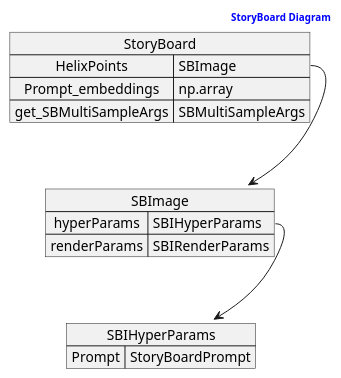
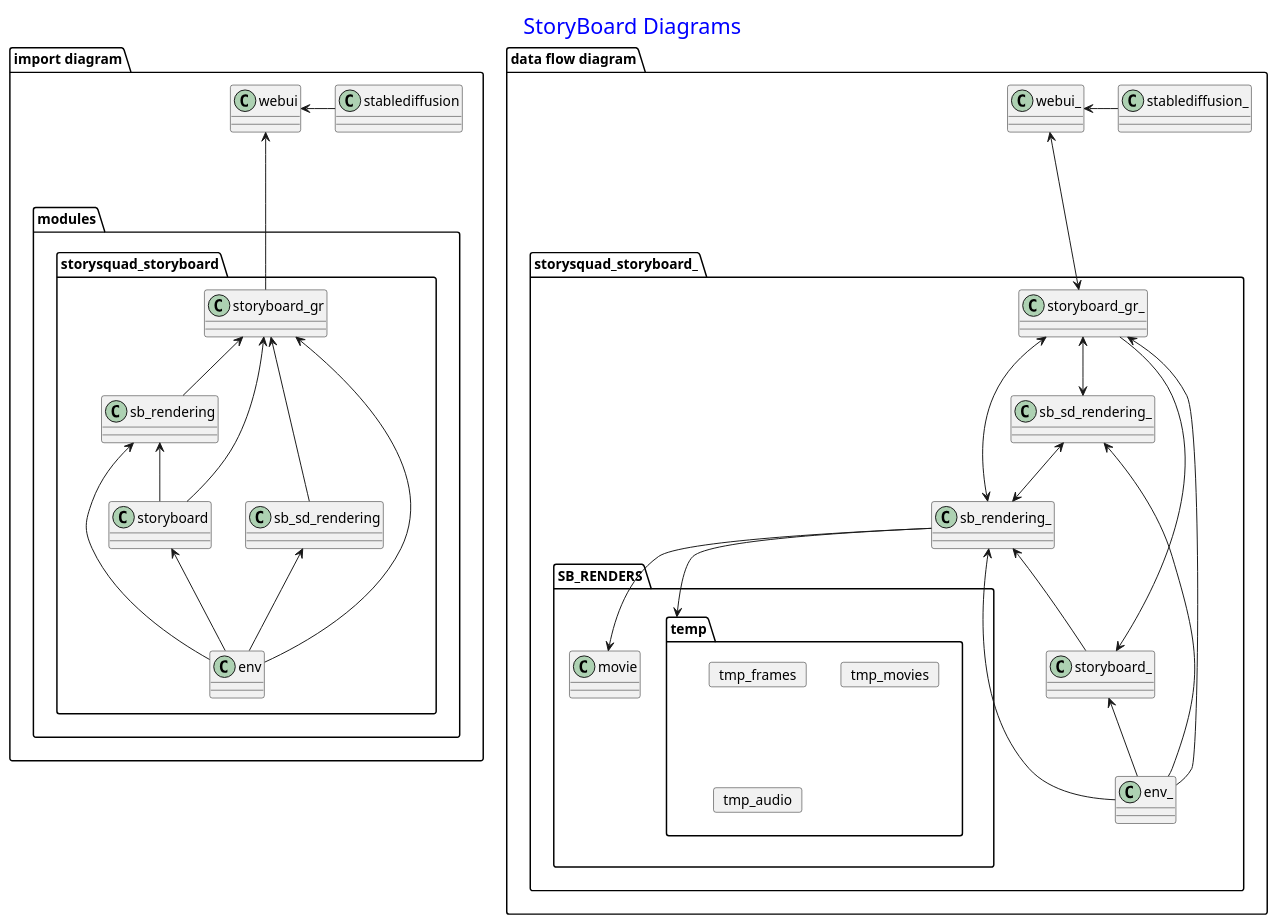
The diagram in modules/storysquad_storyboard/StoryBoard.puml (TashaSkyUp/StoryBoardSD), drawn with PlantUML before and after one commit.

Commit message:
somewhat updated flowchart

```diff
--- a/modules/storysquad_storyboard/StoryBoard.puml
+++ b/modules/storysquad_storyboard/StoryBoard.puml
@@ -1,31 +1,75 @@
 @startuml
 'https://plantuml.com/object-diagram
-' make a place for a discription
-
-
+' make a place for a description
 
 ' makes a place for the subtitle'
-header <font color=blue>**StoryBoard Diagram**</font>
+center header <font color=blue size=22>StoryBoard Diagrams</font>
 
+folder "import diagram"{
+    class webui
+    class stablediffusion
+    webui <- stablediffusion
+    folder modules{
+        folder storysquad_storyboard{
+            class storyboard_gr
+            class sb_rendering
+            class sb_sd_rendering
+            class storyboard
+            class env
+            storyboard_gr <-- sb_rendering
+            storyboard_gr <-- sb_sd_rendering
+            storyboard_gr <-- storyboard
 
+            storyboard_gr <-- env
+            storyboard <-- env
+            sb_sd_rendering <-- env
+            sb_rendering <-- env
+            sb_rendering <-- storyboard
 
-    map StoryBoard {
+            webui <--- storyboard_gr
+        }
+    }
+}
+allowmixing
+folder "data flow diagram"{
+    class webui_
+    class stablediffusion_
+    webui_ <- stablediffusion_
+    folder storysquad_storyboard_{
+        class storyboard_gr_
+        class sb_rendering_
+        class sb_sd_rendering_
+        class storyboard_
+        class env_
+        storyboard_gr_ <--> sb_rendering_
+        storyboard_gr_ <--> sb_sd_rendering_
+        storyboard_gr_ --> storyboard_
 
-     HelixPoints => SBImage
-     Prompt_embeddings => np.array
-     get_SBMultiSampleArgs => SBMultiSampleArgs
+        storyboard_gr_ <-- env_
+        storyboard_ <-- env_
+        sb_sd_rendering_ <-- env_
+        sb_rendering_ <-- env_
+        sb_rendering_ <-- storyboard_
+
+        webui_ <---> storyboard_gr_
+        folder SB_RENDERS{
+            class movie
+            folder temp{
+                 card tmp_frames
+                 card tmp_movies
+                 card tmp_audio
+            }
+        }
+        sb_rendering_ --> movie
+        sb_rendering_ --> temp
+        sb_sd_rendering_ <--> sb_rendering_
     }
-
-map SBIHyperParams{
-    Prompt => StoryBoardPrompt
-}
-map SBImage {
-
-    hyperParams => SBIHyperParams
-    renderParams => SBIRenderParams
 }
 
+'storyboard_gr -- sb_rendering
+'storyboard_gr -- sb_sd_rendering
+'storyboard_gr -- storyboard
 
-StoryBoard::HelixPoints --> SBImage
-SBImage::hyperParams --> SBIHyperParams
+'modules -right-> cloned modules
+
 @enduml
```
